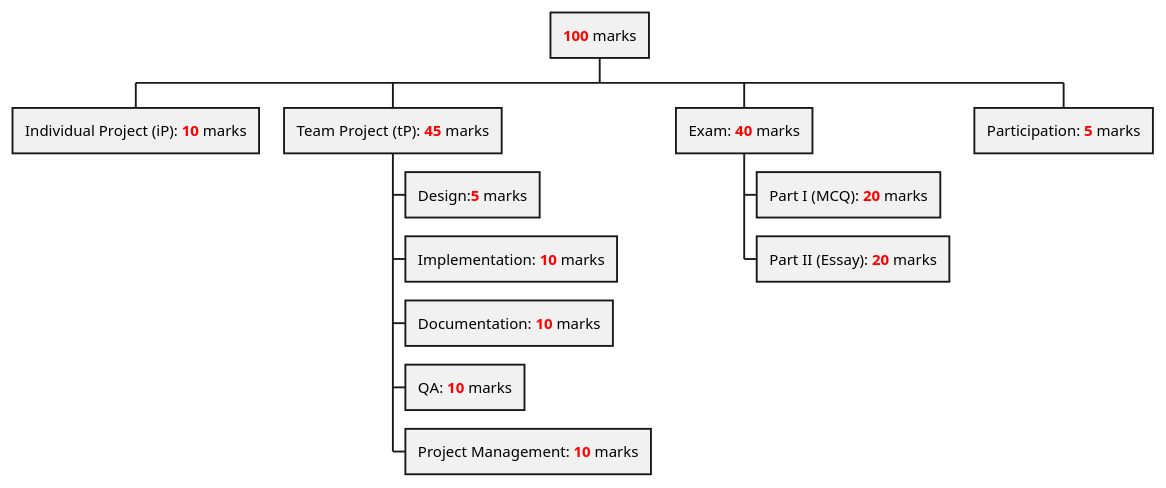
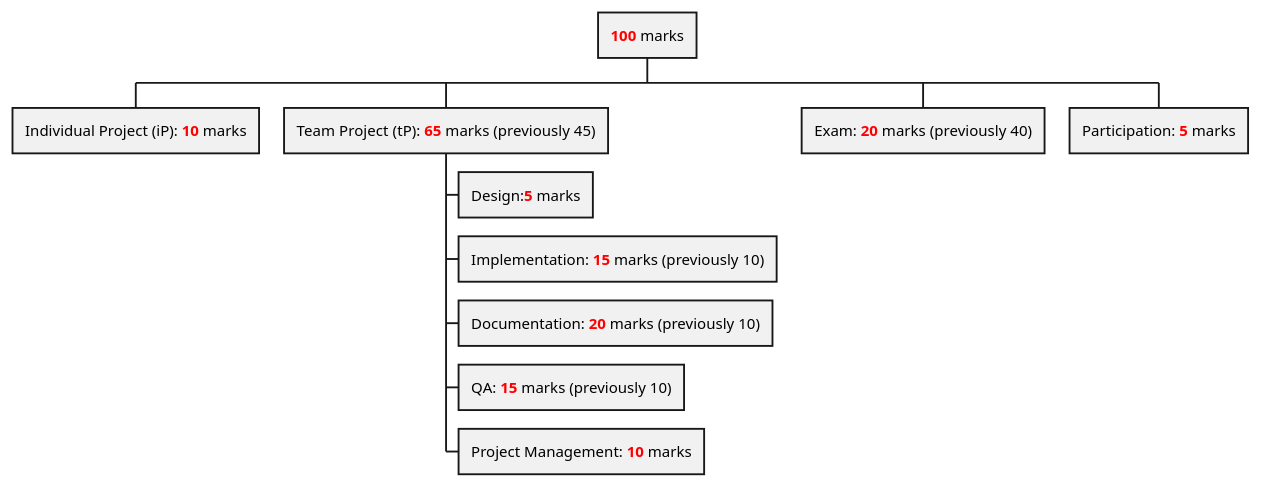
One commit to nus-cs2103-AY1920S2/website changed the diagram in admin/images/grade-breakdown.puml. Above: the diagram before and after it, drawn with PlantUML. The commit also changed 193 other files, not shown here.

```diff
--- a/admin/images/grade-breakdown.puml
+++ b/admin/images/grade-breakdown.puml
@@ -1,15 +1,13 @@
 @startwbs
 skinparam backgroundcolor transparent
 + <b><color:red>100</color></b> marks
  + Individual Project (iP): <b><color:red>10</color></b> marks
- + Team Project (tP): <b><color:red>45</color></b> marks
+ + Team Project (tP): <b><color:red>65</color></b> marks (previously 45)
   + Design:<b><color:red>5</color></b> marks
-  + Implementation: <b><color:red>10</color></b> marks
-  + Documentation: <b><color:red>10</color></b> marks
-  + QA: <b><color:red>10</color></b> marks
+  + Implementation: <b><color:red>15</color></b> marks (previously 10)
+  + Documentation: <b><color:red>20</color></b> marks (previously 10)
+  + QA: <b><color:red>15</color></b> marks (previously 10)
   + Project Management: <b><color:red>10</color></b> marks
- + Exam: <b><color:red>40</color></b> marks
-  + Part I (MCQ): <b><color:red>20</color></b> marks
-  + Part II (Essay): <b><color:red>20</color></b> marks
+ + Exam: <b><color:red>20</color></b> marks (previously 40)
  + Participation: <b><color:red>5</color></b> marks
 @endwbs
```
